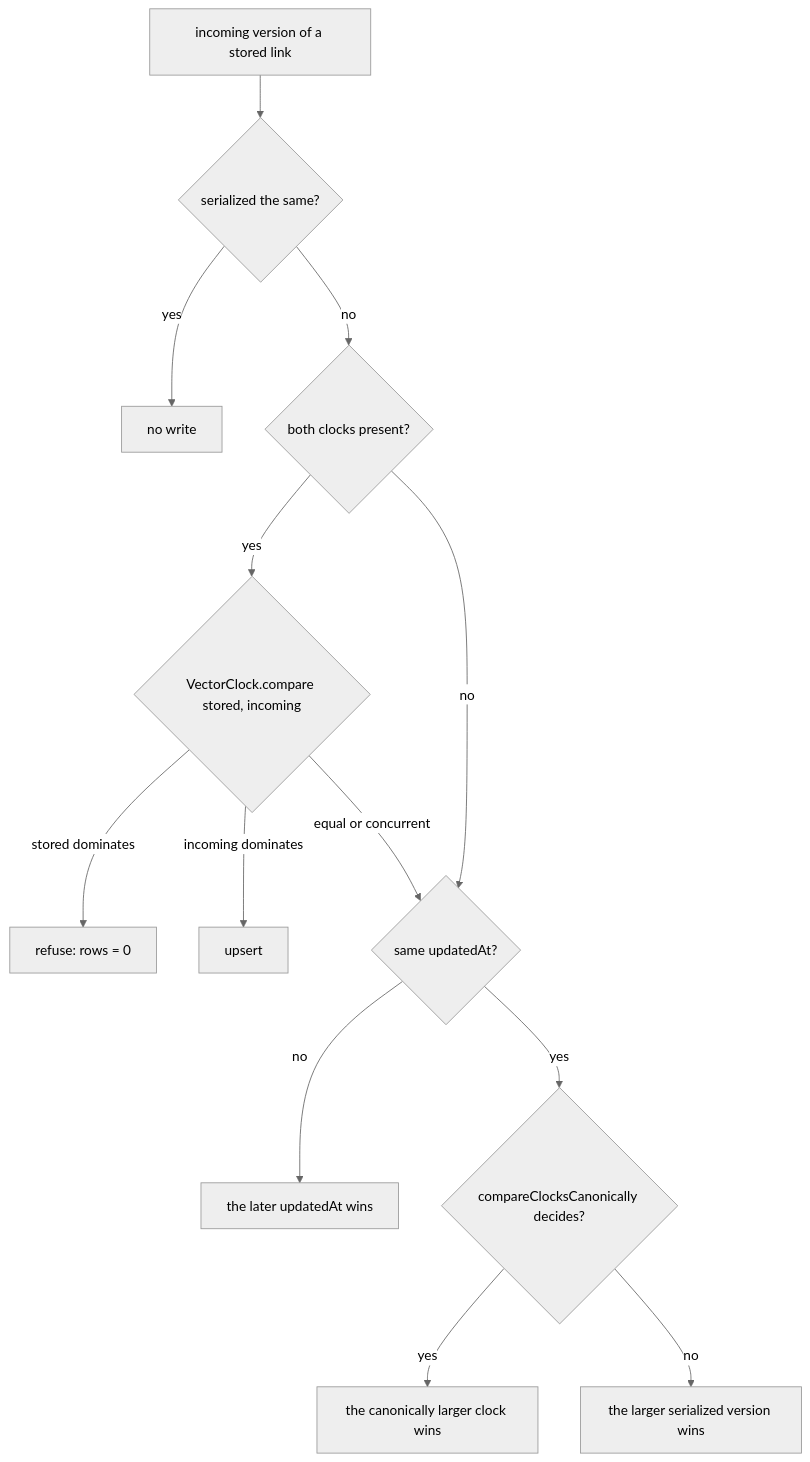
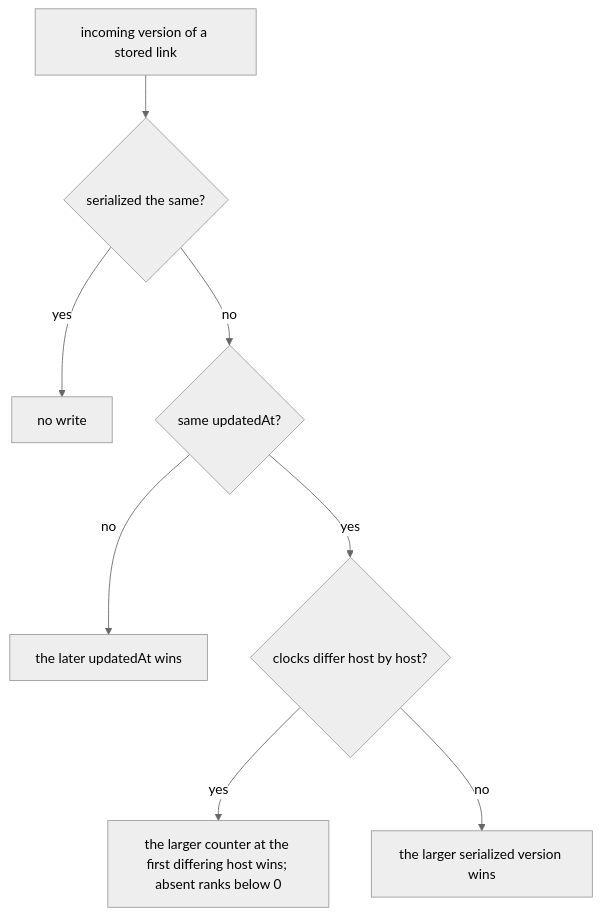
Before and after one commit to matthiasn/lotti: the second of 3 diagrams in knowledge/features/sync/vector-clocks-and-conflicts.md, drawn with Mermaid (neutral theme). The commit also changed other lines of this file and 13 other files, not shown here.

````diff
--- a/knowledge/features/sync/vector-clocks-and-conflicts.md
+++ b/knowledge/features/sync/vector-clocks-and-conflicts.md
@@ -317,15 +318,10 @@
 ```mermaid
 flowchart TD
     In[incoming version of a stored link] --> Same{serialized the same?}
     Same -->|yes| Skip[no write]
-    Same -->|no| Clocks{both clocks present?}
-    Clocks -->|yes| Cmp{VectorClock.compare stored, incoming}
-    Cmp -->|stored dominates| Refuse[refuse: rows = 0]
-    Cmp -->|incoming dominates| Apply[upsert]
-    Cmp -->|equal or concurrent| Ts{same updatedAt?}
-    Clocks -->|no| Ts
+    Same -->|no| Ts{same updatedAt?}
     Ts -->|no| Later[the later updatedAt wins]
-    Ts -->|yes| Canon{compareClocksCanonically decides?}
-    Canon -->|yes| Larger[the canonically larger clock wins]
-    Canon -->|no| Content[the larger serialized version wins]
+    Ts -->|yes| Clock{clocks differ host by host?}
+    Clock -->|yes| Larger[the larger counter at the first differing host wins; absent ranks below 0]
+    Clock -->|no| Content[the larger serialized version wins]
 ```
````
